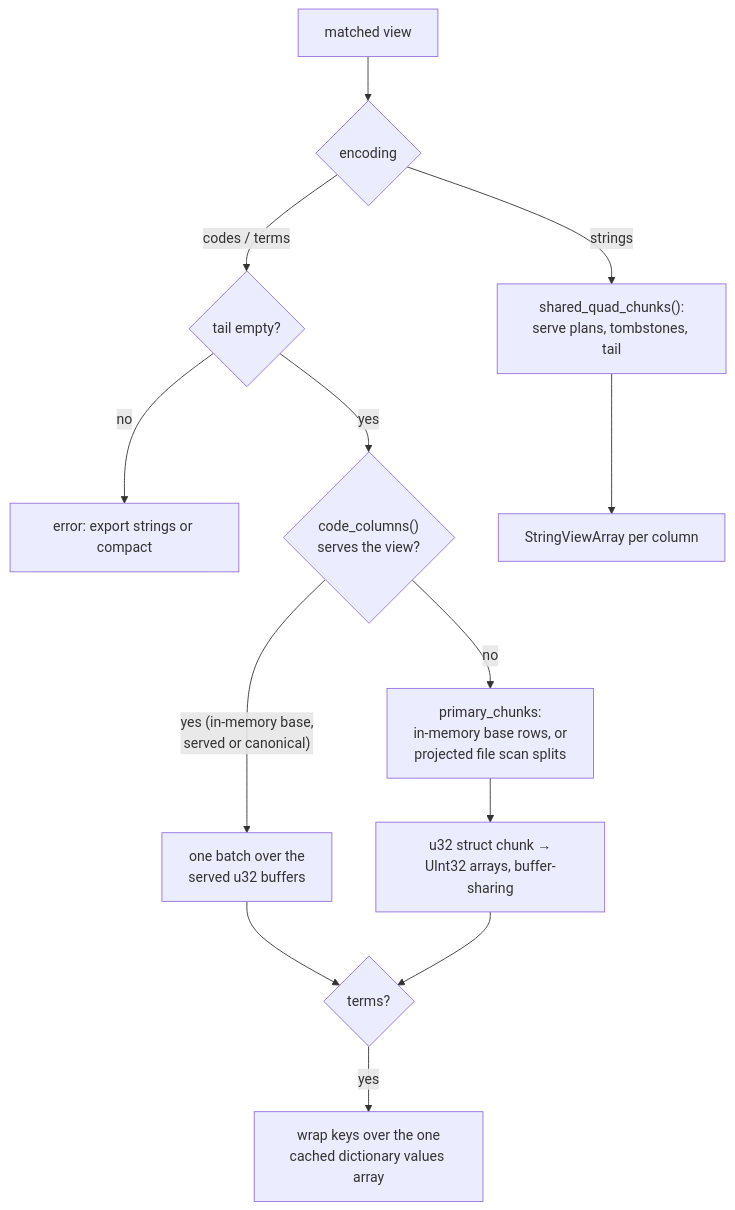
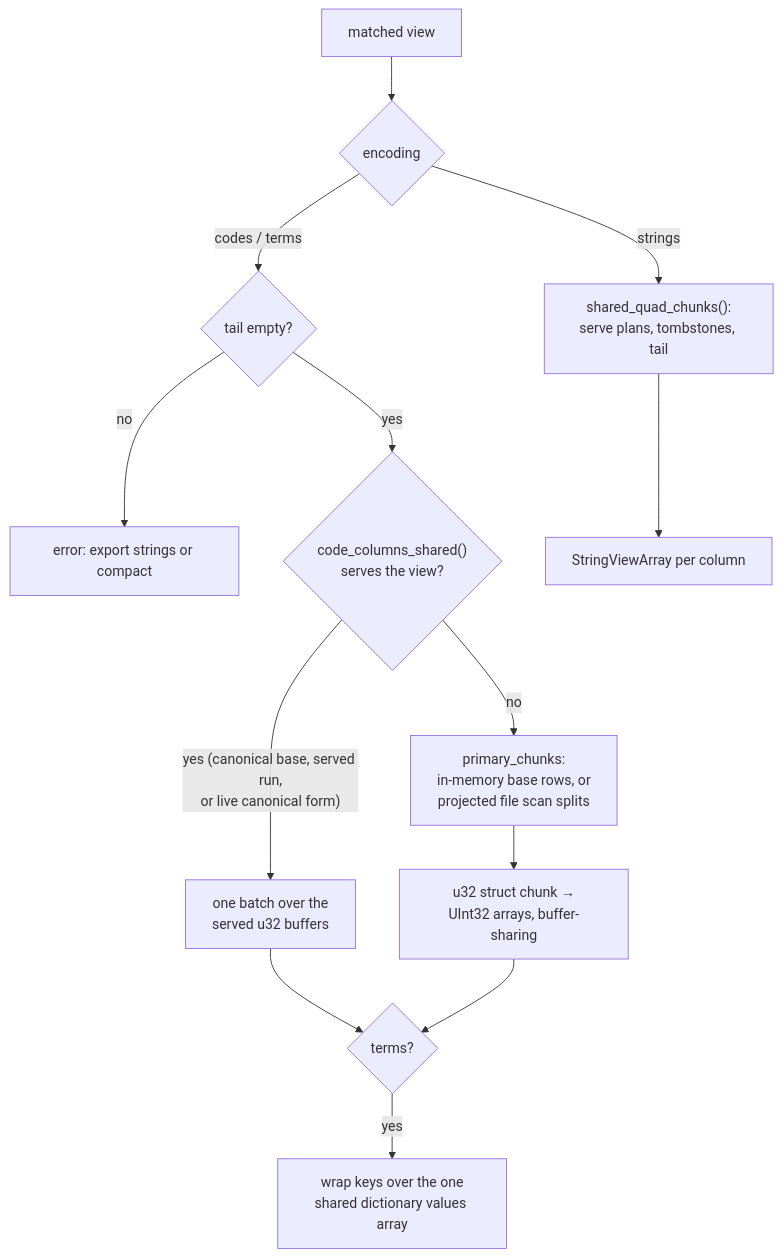
One commit to vortex-rdf/vortex-rdf changed the diagram in docs/arrow.md. Above: the diagram before and after it, drawn with Mermaid. The commit also changed other lines of this file and 7 other files, not shown here.

````diff
--- a/docs/arrow.md
+++ b/docs/arrow.md
@@ -126,15 +127,15 @@
 ```mermaid
 flowchart TD
     V["matched view"] --> E{"encoding"}
     E -- "codes / terms" --> G{"tail empty?"}
     G -- "no" --> X["error: export strings or compact"]
-    G -- "yes" --> C{"code_columns()<br/>serves the view?"}
-    C -- "yes (in-memory base,<br/>served or canonical)" --> B1["one batch over the<br/>served u32 buffers"]
+    G -- "yes" --> C{"code_columns_shared()<br/>serves the view?"}
+    C -- "yes (canonical base, served run,<br/>or live canonical form)" --> B1["one batch over the<br/>served u32 buffers"]
     C -- "no" --> P["primary_chunks:<br/>in-memory base rows, or<br/>projected file scan splits"]
     P --> B2["u32 struct chunk →<br/>UInt32 arrays, buffer-sharing"]
     B1 --> T{"terms?"}
     B2 --> T
-    T -- "yes" --> D["wrap keys over the one<br/>cached dictionary values array"]
+    T -- "yes" --> D["wrap keys over the one<br/>shared dictionary values array"]
     E -- "strings" --> S["shared_quad_chunks():<br/>serve plans, tombstones, tail"]
     S --> B3["StringViewArray per column"]
 ```
````
